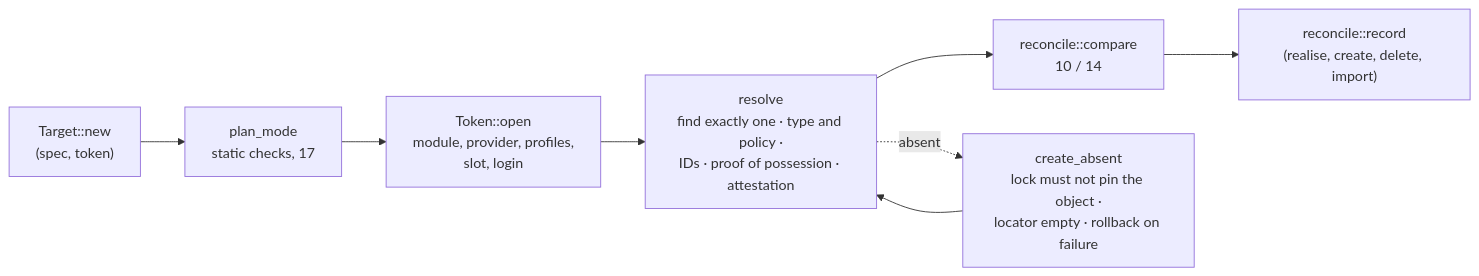
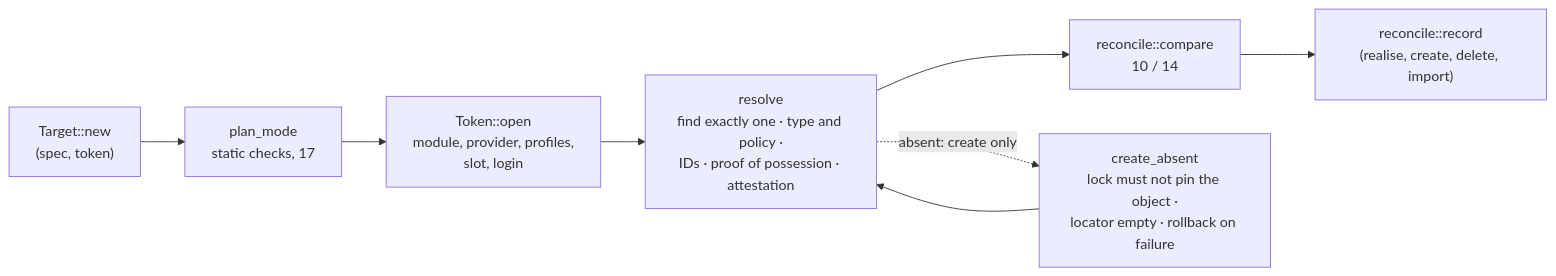
The second of 2 diagrams in docs/ARCHITECTURE.md (Princemachiavelli/cakeys), drawn with Mermaid before and after one commit. The commit also changed other lines of this file and 32 other files, not shown here.

First line of the commit message:
check is a read; only create makes keys; autoCreate is gone (review V1, V2)

````diff
--- a/docs/ARCHITECTURE.md
+++ b/docs/ARCHITECTURE.md
@@ -94,10 +94,10 @@
 ```mermaid
 flowchart LR
     A["Target::new<br/>(spec, token)"] --> B["plan_mode<br/>static checks, 17"]
     B --> C["Token::open<br/>module, provider, profiles,<br/>slot, login"]
     C --> D["resolve<br/>find exactly one · type and policy ·<br/>IDs · proof of possession · attestation"]
     D --> E["reconcile::compare<br/>10 / 14"]
     E --> F["reconcile::record<br/>(realise, create, delete, import)"]
-    D -. absent .-> G["create_absent<br/>lock must not pin the object ·<br/>locator empty · rollback on failure"]
+    D -. "absent: create only" .-> G["create_absent<br/>lock must not pin the object ·<br/>locator empty · rollback on failure"]
     G --> D
 ```
````
